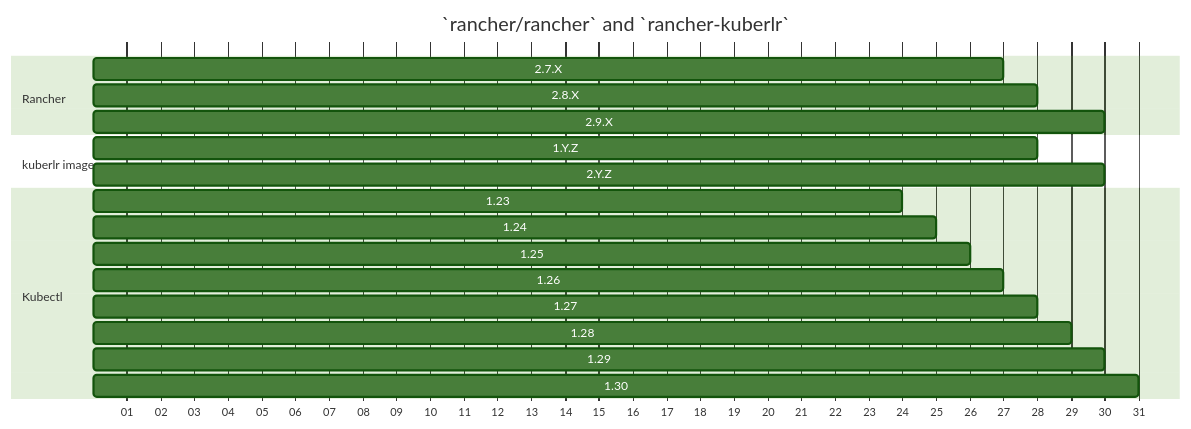
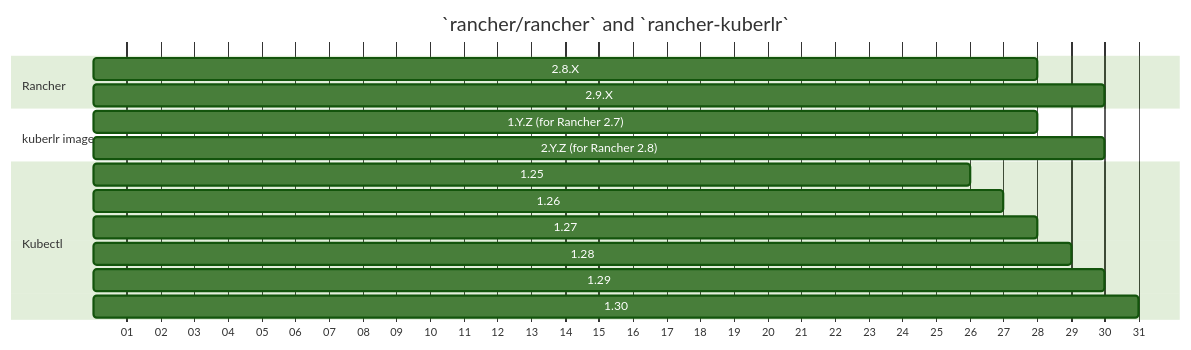
Before and after one commit to mallardduck/rancher-kuberlr: the second of 2 diagrams in README.md, drawn with Mermaid (forest theme).

Commit message:
correct diagrams

````diff
--- a/README.md
+++ b/README.md
@@ -42,25 +42,22 @@
 ```mermaid
 
 gantt
     title `rancher/rancher` and `rancher-kuberlr`
     todayMarker off
     dateFormat X
     axisFormat %S
     tickInterval 1second
     section Rancher
-        2.7.X           :23,27
         2.8.X           :25,28
         2.9.X           :27,30
     section kuberlr image
-        1.Y.Z           :25,28
-        2.Y.Z           :27,30
+        1.Y.Z (for Rancher 2.7)   :25,28
+        2.Y.Z (for Rancher 2.8)   :27,30
     section Kubectl
-        1.23              :22,24
-        1.24              :23,25
         1.25              :24,26
         1.26              :25,27
         1.27              :26,28
         1.28              :27,29
         1.29              :28,30
         1.30              :29,31
 ```
````
